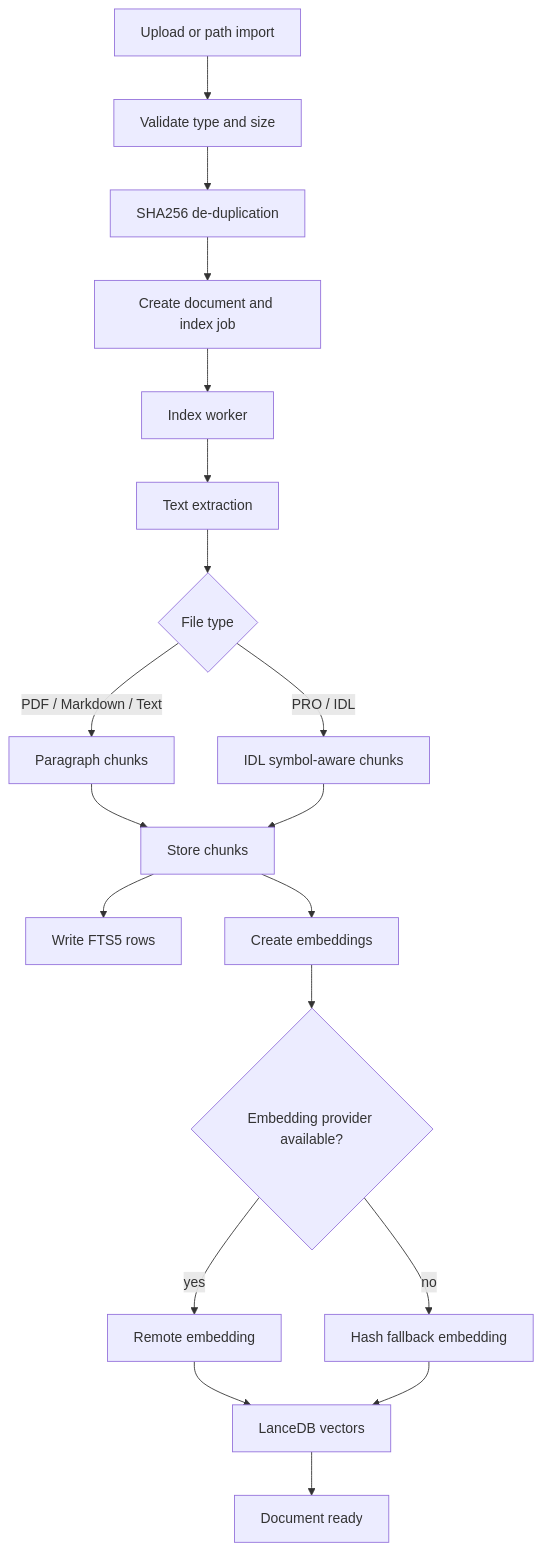
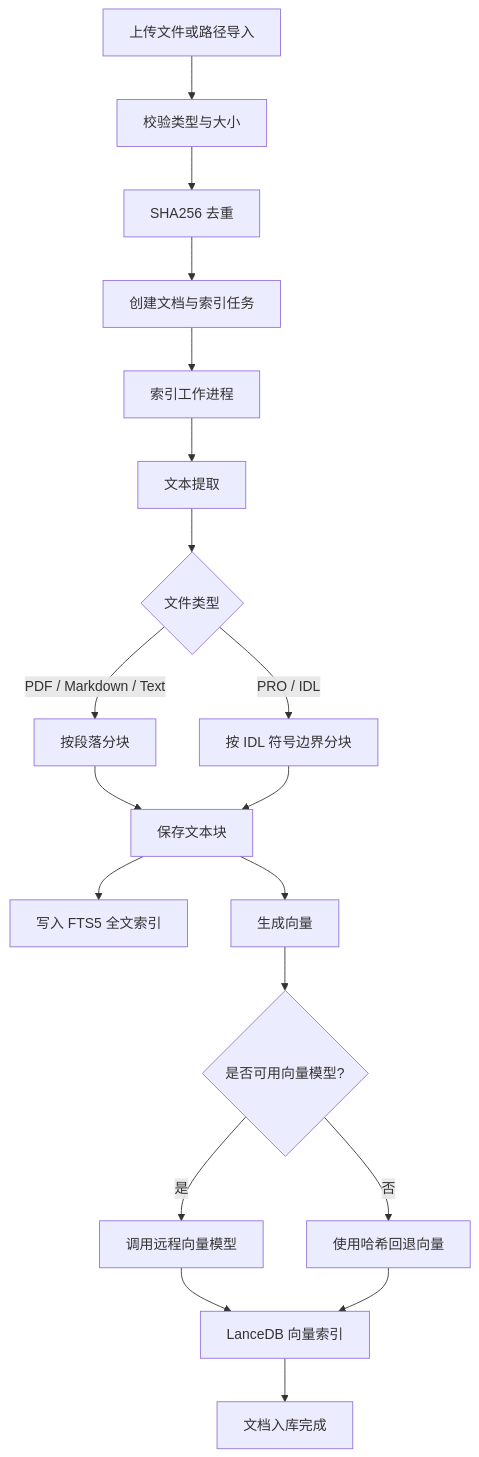
Before and after one commit to GeoSyntax/idl-rag: the third of 3 diagrams in docs/project-showcase.zh-CN.md, drawn with Mermaid. The commit also changed other lines of this file and 2 other files, not shown here.

````diff
--- a/docs/project-showcase.zh-CN.md
+++ b/docs/project-showcase.zh-CN.md
@@ -94,21 +94,21 @@
 ```mermaid
 flowchart TD
-  Upload[Upload or path import] --> Validate[Validate type and size]
-  Validate --> Hash[SHA256 de-duplication]
-  Hash --> Job[Create document and index job]
-  Job --> Worker[Index worker]
-  Worker --> Extract[Text extraction]
-  Extract --> Split{File type}
-  Split -- PDF / Markdown / Text --> Paragraph[Paragraph chunks]
-  Split -- PRO / IDL --> Symbol[IDL symbol-aware chunks]
-  Paragraph --> Store[Store chunks]
+  Upload[上传文件或路径导入] --> Validate[校验类型与大小]
+  Validate --> Hash[SHA256 去重]
+  Hash --> Job[创建文档与索引任务]
+  Job --> Worker[索引工作进程]
+  Worker --> Extract[文本提取]
+  Extract --> Split{文件类型}
+  Split -- PDF / Markdown / Text --> Paragraph[按段落分块]
+  Split -- PRO / IDL --> Symbol[按 IDL 符号边界分块]
+  Paragraph --> Store[保存文本块]
   Symbol --> Store
-  Store --> FTS[Write FTS5 rows]
-  Store --> Embed[Create embeddings]
-  Embed --> Provider{Embedding provider available?}
-  Provider -- yes --> Remote[Remote embedding]
-  Provider -- no --> Fallback[Hash fallback embedding]
-  Remote --> Lance[LanceDB vectors]
+  Store --> FTS[写入 FTS5 全文索引]
+  Store --> Embed[生成向量]
+  Embed --> Provider{是否可用向量模型?}
+  Provider -- 是 --> Remote[调用远程向量模型]
+  Provider -- 否 --> Fallback[使用哈希回退向量]
+  Remote --> Lance[LanceDB 向量索引]
   Fallback --> Lance
-  Lance --> Ready[Document ready]
+  Lance --> Ready[文档入库完成]
 ```
````
